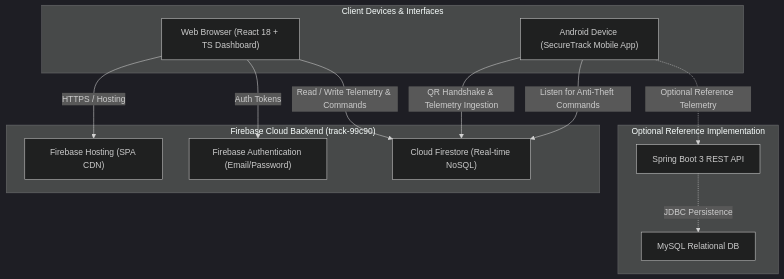
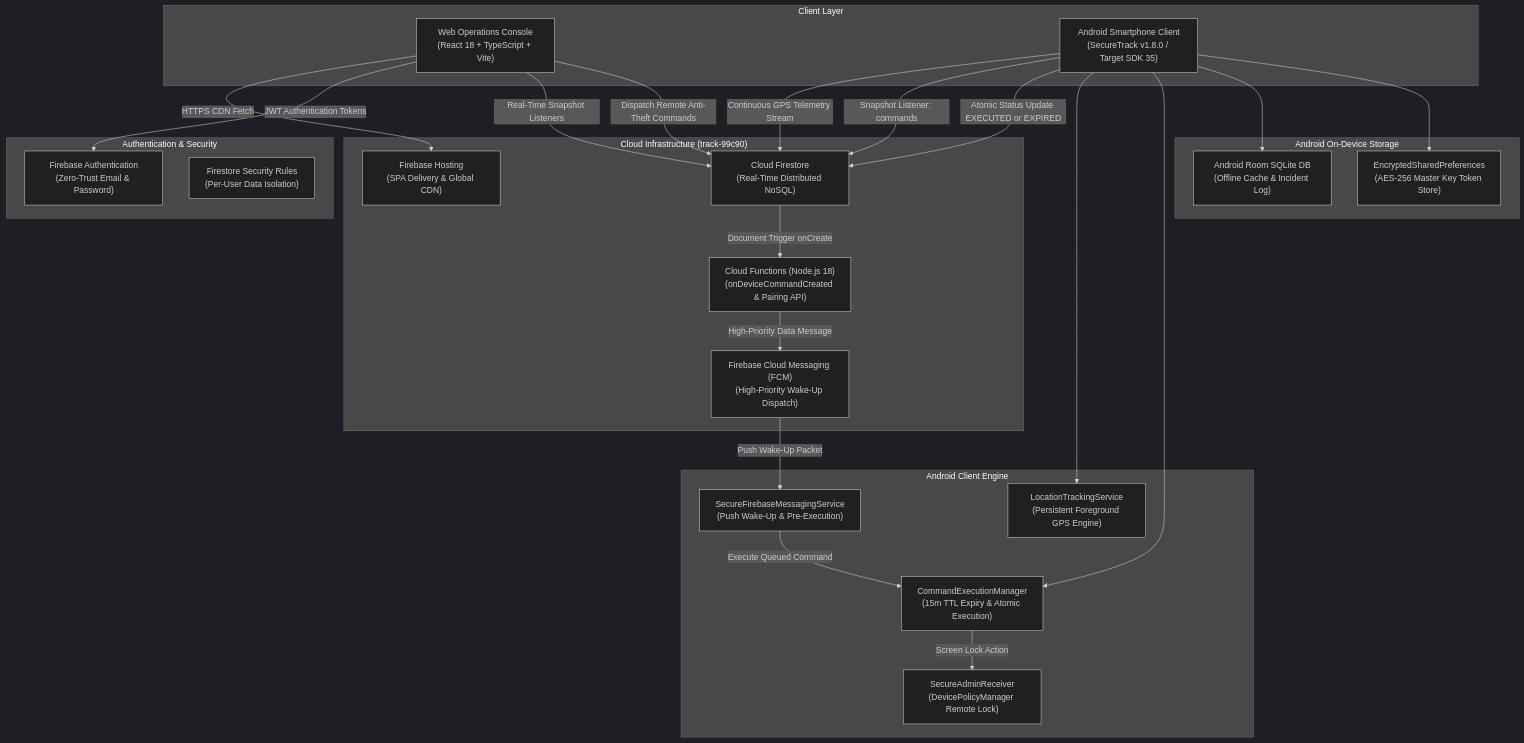
Before and after one commit to dhanushs602848/SecureTrack: the diagram in docs/diagrams/system_architecture.mmd, drawn with Mermaid (dark theme). The commit also changed 5 other files, not shown here.

Commit message:
docs: fix system architecture diagrams and update about section across project

```diff
--- a/docs/diagrams/system_architecture.mmd
+++ b/docs/diagrams/system_architecture.mmd
@@ -1,25 +1,49 @@
 graph TD
-    subgraph ClientLayer ["Client Devices & Interfaces"]
-        Browser["Web Browser (React 18 + TS Dashboard)"]
-        Phone["Android Device (SecureTrack Mobile App)"]
+    subgraph ClientLayer ["Client Layer"]
+        Browser["Web Operations Console<br/>(React 18 + TypeScript + Vite)"]
+        Phone["Android Smartphone Client<br/>(SecureTrack v1.8.0 / Target SDK 35)"]
     end
 
-    subgraph CloudLayer ["Firebase Cloud Backend (track-99c90)"]
-        Auth["Firebase Authentication (Email/Password)"]
-        Firestore["Cloud Firestore (Real-time NoSQL)"]
-        Hosting["Firebase Hosting (SPA CDN)"]
+    subgraph SecurityAuth ["Authentication & Security"]
+        Auth["Firebase Authentication<br/>(Zero-Trust Email & Password)"]
+        SecurityRules["Firestore Security Rules<br/>(Per-User Data Isolation)"]
     end
 
-    subgraph EnterpriseRef ["Optional Reference Implementation"]
-        SpringBoot["Spring Boot 3 REST API"]
-        MySQL["MySQL Relational DB"]
+    subgraph CloudLayer ["Cloud Infrastructure (track-99c90)"]
+        Hosting["Firebase Hosting<br/>(SPA Delivery & Global CDN)"]
+        Firestore["Cloud Firestore<br/>(Real-Time Distributed NoSQL)"]
+        Functions["Cloud Functions (Node.js 18)<br/>(onDeviceCommandCreated & Pairing API)"]
+        FCM["Firebase Cloud Messaging (FCM)<br/>(High-Priority Wake-Up Dispatch)"]
     end
 
-    Browser -->|HTTPS / Hosting| Hosting
-    Browser -->|Auth Tokens| Auth
-    Browser -->|Read / Write Telemetry & Commands| Firestore
+    subgraph LocalPersistence ["Android On-Device Storage"]
+        RoomDB["Android Room SQLite DB<br/>(Offline Cache & Incident Log)"]
+        EncryptedPrefs["EncryptedSharedPreferences<br/>(AES-256 Master Key Token Store)"]
+    end
 
-    Phone -->|QR Handshake & Telemetry Ingestion| Firestore
-    Phone -->|Listen for Anti-Theft Commands| Firestore
-    Phone -.->|Optional Reference Telemetry| SpringBoot
-    SpringBoot -.->|JDBC Persistence| MySQL
+    subgraph AndroidInternal ["Android Client Engine"]
+        ForegroundService["LocationTrackingService<br/>(Persistent Foreground GPS Engine)"]
+        FCMService["SecureFirebaseMessagingService<br/>(Push Wake-Up & Pre-Execution)"]
+        CommandManager["CommandExecutionManager<br/>(15m TTL Expiry & Atomic Execution)"]
+        AdminReceiver["SecureAdminReceiver<br/>(DevicePolicyManager Remote Lock)"]
+    end
+
+    Browser -->|HTTPS CDN Fetch| Hosting
+    Browser -->|JWT Authentication Tokens| Auth
+    Browser -->|Real-Time Snapshot Listeners| Firestore
+    Browser -->|Dispatch Remote Anti-Theft Commands| Firestore
+
+    Firestore -->|Document Trigger onCreate| Functions
+    Functions -->|High-Priority Data Message| FCM
+    FCM -->|Push Wake-Up Packet| FCMService
+    FCMService -->|Execute Queued Command| CommandManager
+
+    Phone -->|Continuous GPS Telemetry Stream| Firestore
+    Phone -->|Snapshot Listener: commands| Firestore
+    Phone -->|Atomic Status Update EXECUTED or EXPIRED| Firestore
+
+    Phone --> ForegroundService
+    Phone --> CommandManager
+    CommandManager -->|Screen Lock Action| AdminReceiver
+    Phone --> RoomDB
+    Phone --> EncryptedPrefs
```
